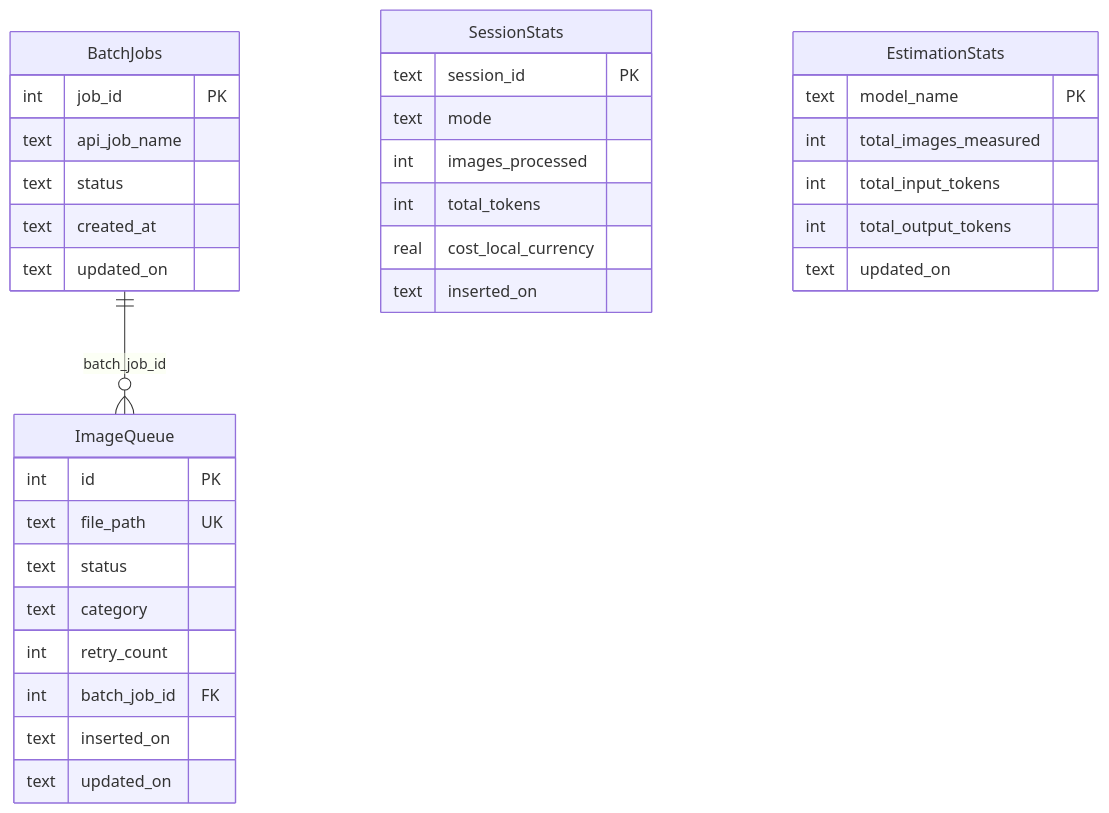
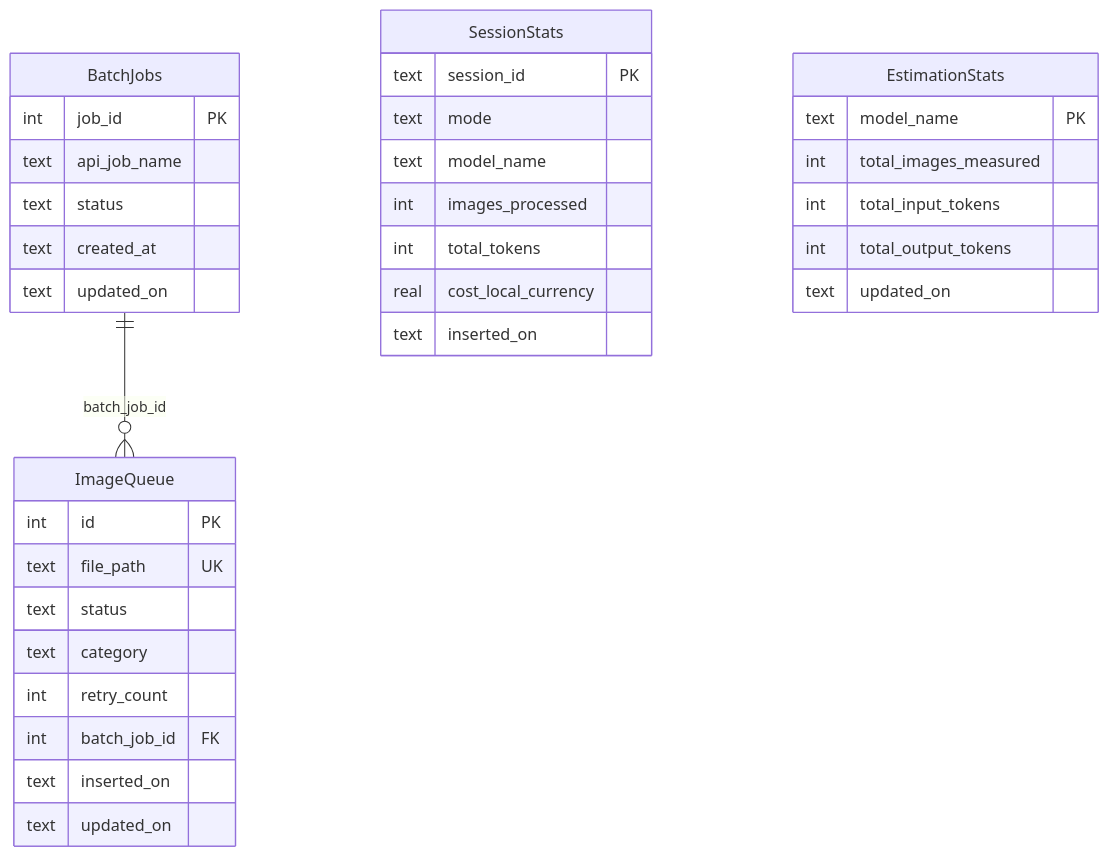
The fourth of 4 diagrams in docs/architecture.md (jadia/whatsapp_images_sort), drawn with Mermaid before and after one commit. The commit also changed other lines of this file and 10 other files, not shown here.

````diff
--- a/docs/architecture.md
+++ b/docs/architecture.md
@@ -164,40 +182,41 @@
 ```mermaid
 erDiagram
     ImageQueue {
         int id PK
         text file_path UK
         text status
         text category
         int retry_count
         int batch_job_id FK
         text inserted_on
         text updated_on
     }
 
     BatchJobs {
         int job_id PK
         text api_job_name
         text status
         text created_at
         text updated_on
     }
 
     SessionStats {
         text session_id PK
         text mode
+        text model_name
         int images_processed
         int total_tokens
         real cost_local_currency
         text inserted_on
     }
 
     EstimationStats {
         text model_name PK
         int total_images_measured
         int total_input_tokens
         int total_output_tokens
         text updated_on
     }
 
     BatchJobs ||--o{ ImageQueue : "batch_job_id"
 ```
````
